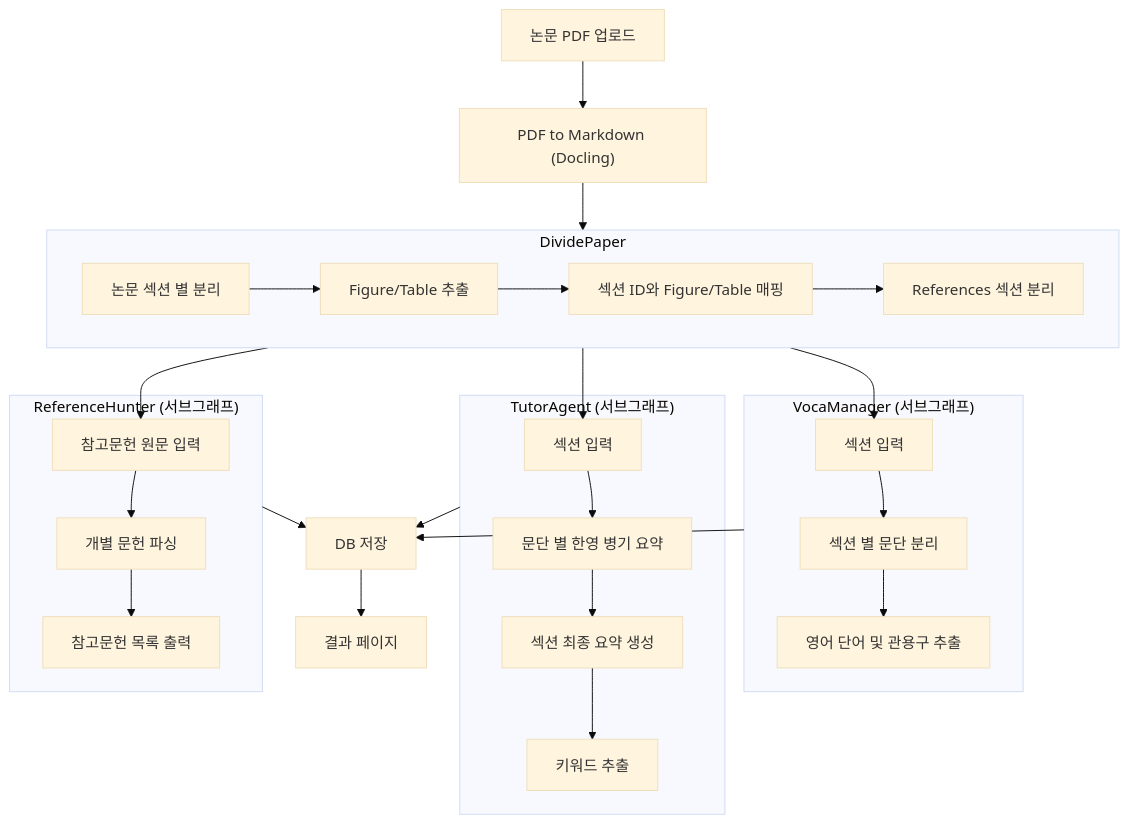
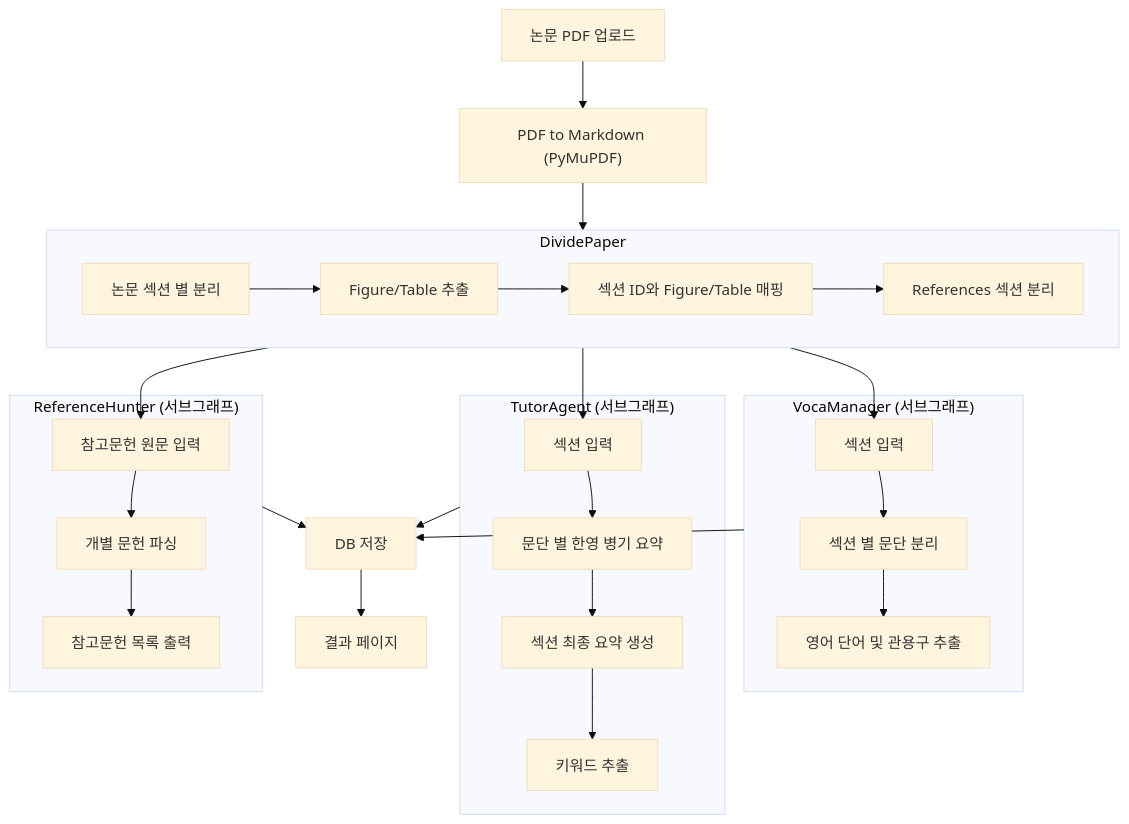
Before and after one commit to rekafekili/ai-agent-master-class: the diagram in wise-graduate-school-life/README.md, drawn with Mermaid (base theme). The commit also changed other lines of this file and 1 other file, not shown here.

````diff
--- a/wise-graduate-school-life/README.md
+++ b/wise-graduate-school-life/README.md
@@ -24,36 +24,36 @@
 ```mermaid
 flowchart TB
-    Upload["논문 PDF 업로드"] --> ConvertDivide["PDF to Markdown (Docling)"]
+    Upload["논문 PDF 업로드"] --> ConvertDivide["PDF to Markdown (PyMuPDF)"]
     ConvertDivide --> DividePaper
 
     subgraph DividePaper["DividePaper"]
         DP0["논문 섹션 별 분리"] --> DP1["Figure/Table 추출"]
         DP1 --> DP2["섹션 ID와 Figure/Table 매핑"]
         DP2 --> DP3["References 섹션 분리"]
     end
 
     DividePaper --> VA0
     DividePaper --> TA0
     DividePaper --> RH0
 
     subgraph VocaManager["VocaManager (서브그래프)"]
         VA0["섹션 입력"] --> VA1["섹션 별 문단 분리"]
         VA1 --> VA2["영어 단어 및 관용구 추출"]
     end
 
     subgraph TutorAgent["TutorAgent (서브그래프)"]
         TA0["섹션 입력"] --> TA1["문단 별 한영 병기 요약"]
         TA1 --> TA2["섹션 최종 요약 생성"]
         TA2 --> TA3["키워드 추출"]
     end
 
     subgraph ReferenceHunter["ReferenceHunter (서브그래프)"]
         RH0["참고문헌 원문 입력"] --> RH1["개별 문헌 파싱"]
         RH1 --> RH2["참고문헌 목록 출력"]
     end
 
     VocaManager --> SaveResults["DB 저장"]
     TutorAgent --> SaveResults
     ReferenceHunter --> SaveResults
     SaveResults --> ResultUI["결과 페이지"]
 ```
````
